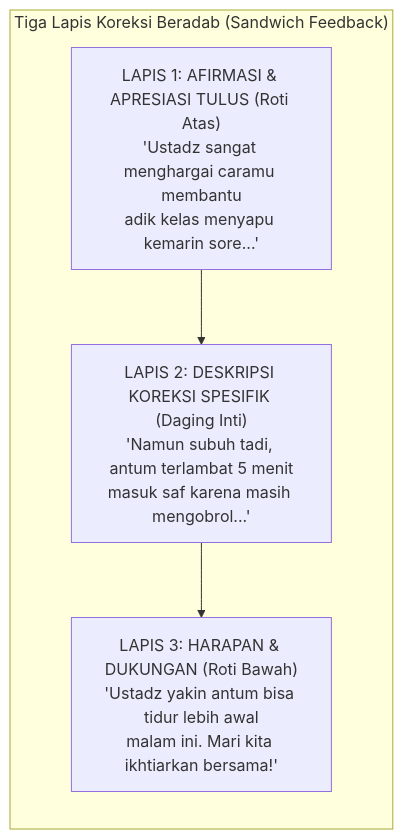
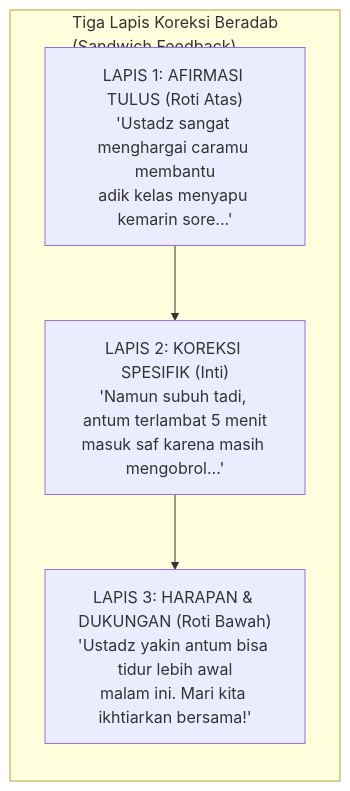
The third of 3 diagrams in BOOK Series 1/01-The-Fundamental-of-TUMBUH/Bab-16-Filosofi-Asesmen-Karakter-dan-Metode-Pengumpulan-Data.md (wandiapriliyandi/tumbuh), drawn with Mermaid before and after one commit. The commit also changed other lines of this file and 37 other files, not shown here.

Commit message:
fix(book-01): optimasi pemenggalan teks dan overflow seluruh diagram serta render ulang 20 PDF

````diff
--- a/BOOK Series 1/01-The-Fundamental-of-TUMBUH/Bab-16-Filosofi-Asesmen-Karakter-dan-Metode-Pengumpulan-Data.md
+++ b/BOOK Series 1/01-The-Fundamental-of-TUMBUH/Bab-16-Filosofi-Asesmen-Karakter-dan-Metode-Pengumpulan-Data.md
@@ -238,9 +238,9 @@
 ```mermaid
 graph TD
-    subgraph TEKNIK_ROTI_LAPIS_ADAB["Tiga Lapis Koreksi Beradab (Sandwich Feedback)"]
+    subgraph TEKNIK_ROTI_LAPIS_ADAB["Tiga Lapis Koreksi Beradab<br/>(Sandwich Feedback)"]
         direction TB
-        L1["LAPIS 1: AFIRMASI & APRESIASI TULUS (Roti Atas)<br/>'Ustadz sangat menghargai caramu membantu<br/>adik kelas menyapu kemarin sore...'"]
-        --> L2["LAPIS 2: DESKRIPSI KOREKSI SPESIFIK (Daging Inti)<br/>'Namun subuh tadi, antum terlambat 5 menit<br/>masuk saf karena masih mengobrol...'"]
+        L1["LAPIS 1: AFIRMASI TULUS (Roti Atas)<br/>'Ustadz sangat menghargai caramu membantu<br/>adik kelas menyapu kemarin sore...'"]
+        --> L2["LAPIS 2: KOREKSI SPESIFIK (Inti)<br/>'Namun subuh tadi, antum terlambat 5 menit<br/>masuk saf karena masih mengobrol...'"]
         --> L3["LAPIS 3: HARAPAN & DUKUNGAN (Roti Bawah)<br/>'Ustadz yakin antum bisa tidur lebih awal<br/>malam ini. Mari kita ikhtiarkan bersama!'"]
     end
 ```
````
